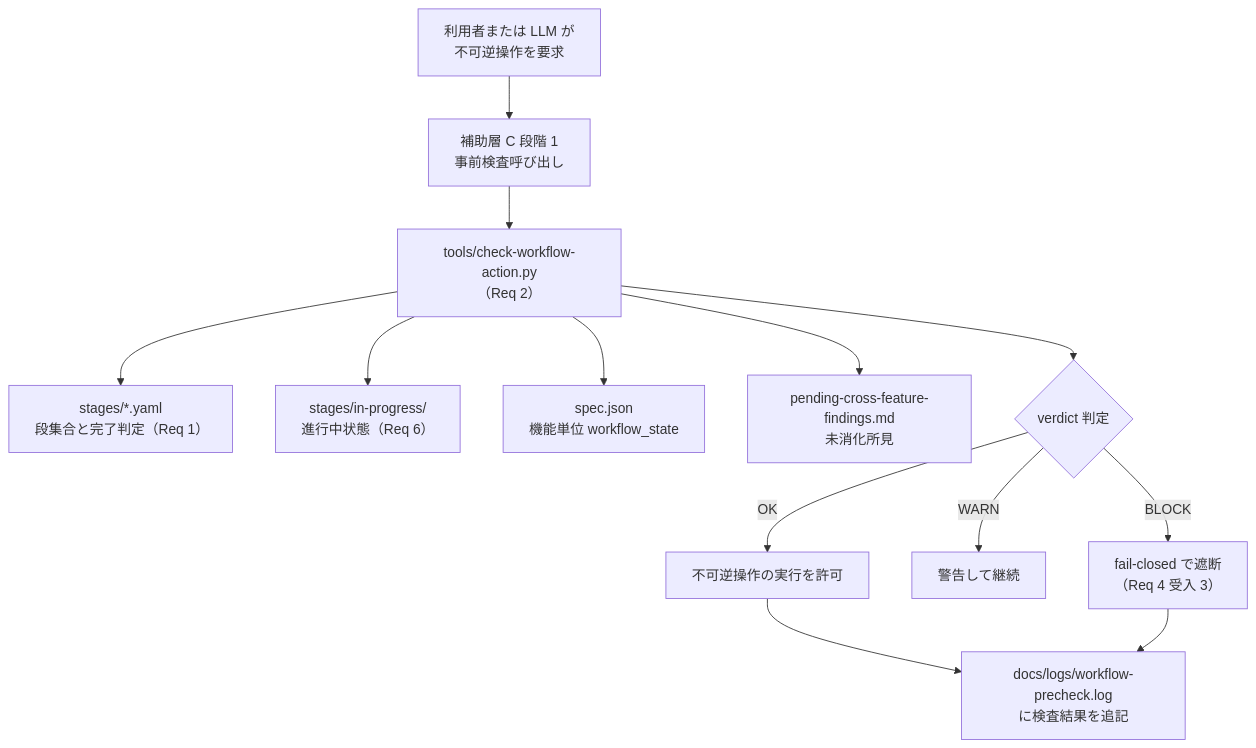
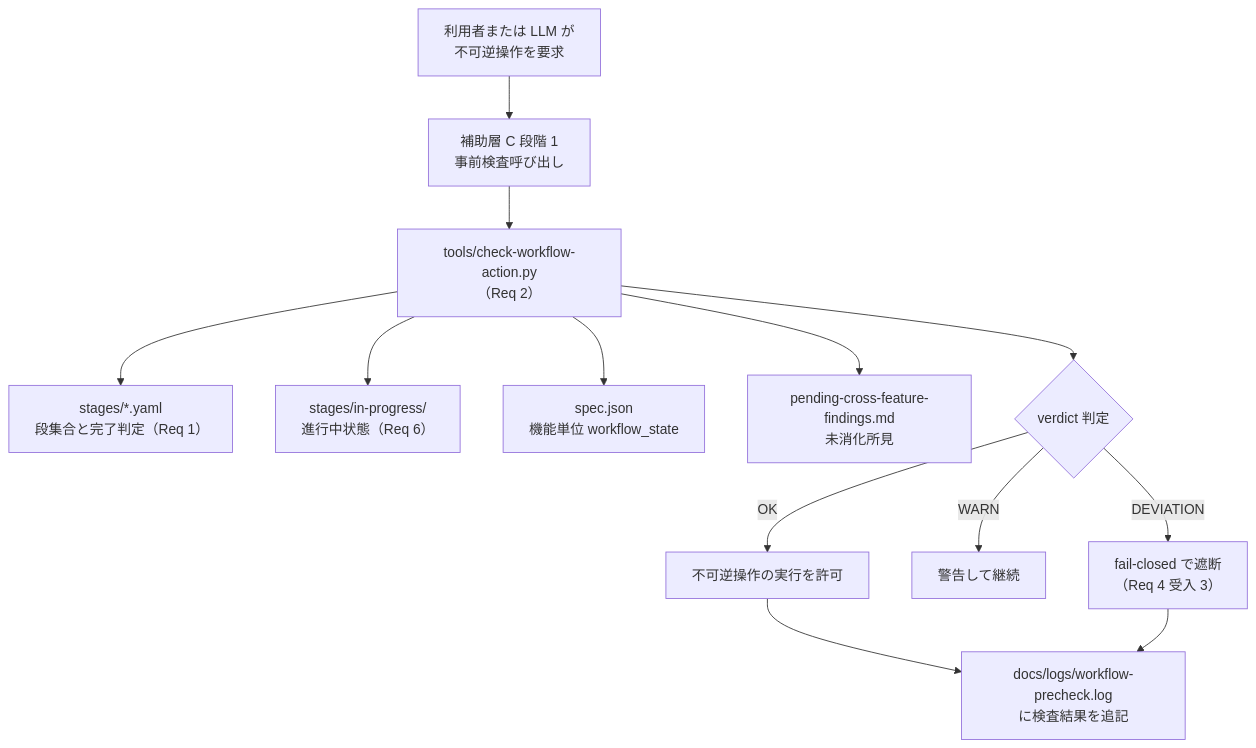
One commit to kenoogl/ReviewCompass changed the diagram in .reviewcompass/specs/workflow-management/design.md. Above: the diagram before and after it, drawn with Mermaid. The commit also changed other lines of this file and 3 other files, not shown here.

````diff
--- a/.reviewcompass/specs/workflow-management/design.md
+++ b/.reviewcompass/specs/workflow-management/design.md
@@ -68,15 +68,15 @@
 ```mermaid
 graph TD
     Trigger["利用者または LLM が<br>不可逆操作を要求"] --> Precheck["補助層 C 段階 1<br>事前検査呼び出し"]
     Precheck --> Script["tools/check-workflow-action.py<br>（Req 2）"]
     Script --> Stages["stages/*.yaml<br>段集合と完了判定（Req 1）"]
     Script --> InProgress["stages/in-progress/<br>進行中状態（Req 6）"]
     Script --> SpecJson["spec.json<br>機能単位 workflow_state"]
     Script --> Pending["pending-cross-feature-findings.md<br>未消化所見"]
     Script --> Verdict{"verdict 判定"}
     Verdict -->|OK| Pass["不可逆操作の実行を許可"]
     Verdict -->|WARN| Warn["警告して継続"]
-    Verdict -->|BLOCK| Block["fail-closed で遮断<br>（Req 4 受入 3）"]
+    Verdict -->|DEVIATION| Block["fail-closed で遮断<br>（Req 4 受入 3）"]
     Pass --> Log["docs/logs/workflow-precheck.log<br>に検査結果を追記"]
     Block --> Log
 ```
````
